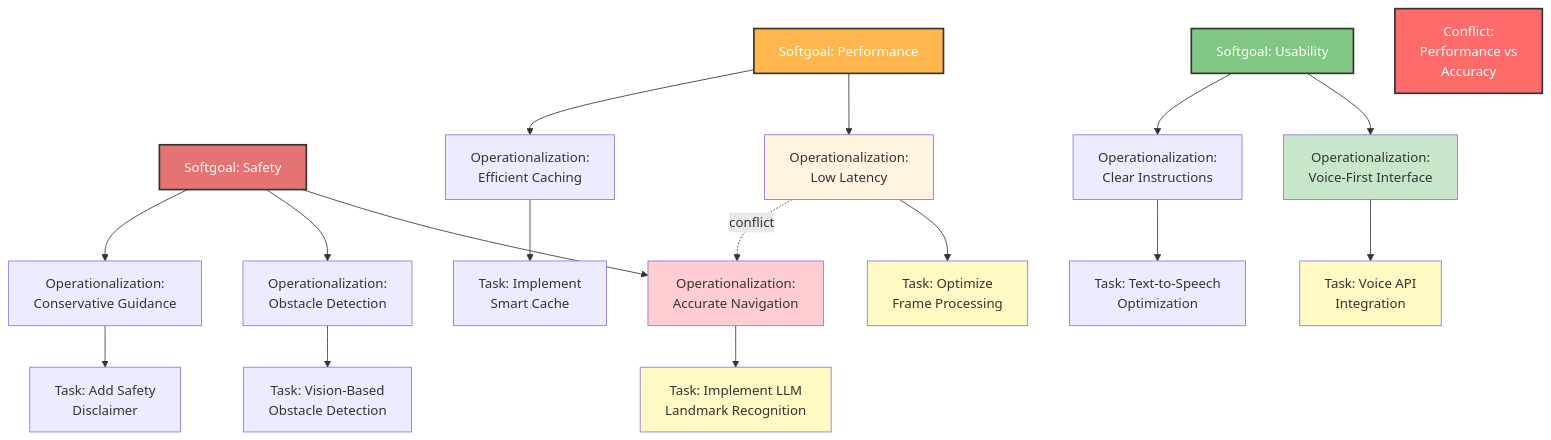
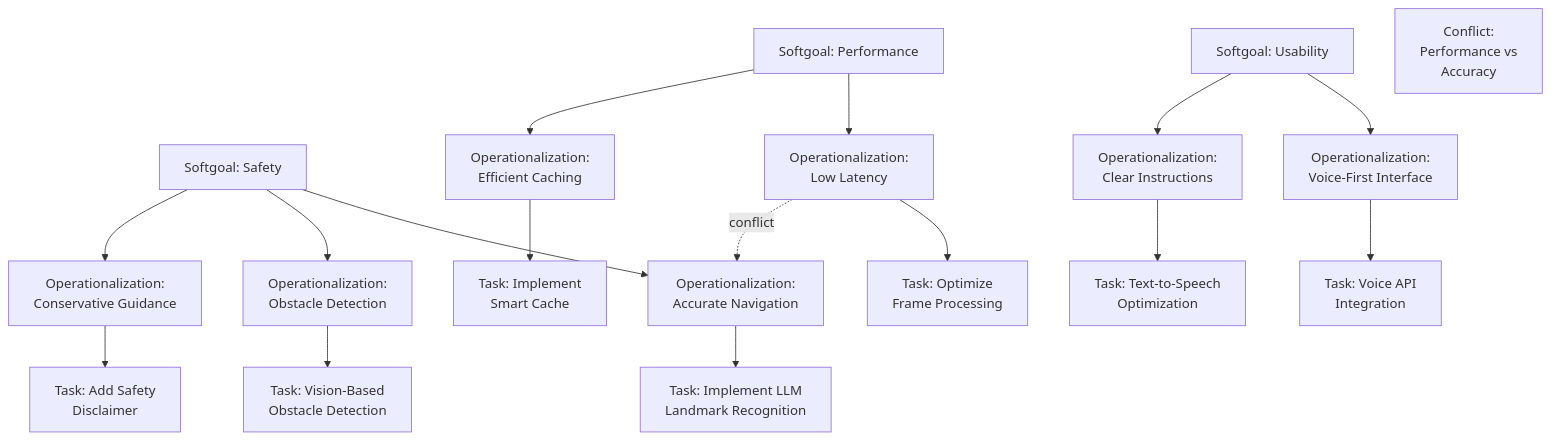
Before and after one commit to phamleduy04/se4351-mobile-f25: the seventh of 9 diagrams in docs/Project 2/Process Specification.md, drawn with Mermaid. The commit also changed other lines of this file, not shown here.

````diff
--- a/docs/Project 2/Process Specification.md
+++ b/docs/Project 2/Process Specification.md
@@ -489,63 +388,52 @@
 ```mermaid
 graph TB
     SG_SAFETY["Softgoal: Safety"]
     
     SG_S1["Operationalization:<br/>Accurate Navigation"]
     SG_S2["Operationalization:<br/>Obstacle Detection"]
     SG_S3["Operationalization:<br/>Conservative Guidance"]
     
     SG_SAFETY --> SG_S1
     SG_SAFETY --> SG_S2
     SG_SAFETY --> SG_S3
     
     TASK_S1["Task: Implement LLM<br/>Landmark Recognition"]
     TASK_S2["Task: Vision-Based<br/>Obstacle Detection"]
     TASK_S3["Task: Add Safety<br/>Disclaimer"]
     
     SG_S1 --> TASK_S1
     SG_S2 --> TASK_S2
     SG_S3 --> TASK_S3
     
     SG_USABILITY["Softgoal: Usability"]
     
     SG_U1["Operationalization:<br/>Voice-First Interface"]
     SG_U2["Operationalization:<br/>Clear Instructions"]
     
     SG_USABILITY --> SG_U1
     SG_USABILITY --> SG_U2
     
     TASK_U1["Task: Voice API<br/>Integration"]
     TASK_U2["Task: Text-to-Speech<br/>Optimization"]
     
     SG_U1 --> TASK_U1
     SG_U2 --> TASK_U2
     
     SG_PERFORMANCE["Softgoal: Performance"]
     
     SG_P1["Operationalization:<br/>Low Latency"]
     SG_P2["Operationalization:<br/>Efficient Caching"]
     
     SG_PERFORMANCE --> SG_P1
     SG_PERFORMANCE --> SG_P2
     
     TASK_P1["Task: Optimize<br/>Frame Processing"]
     TASK_P2["Task: Implement<br/>Smart Cache"]
     
     SG_P1 --> TASK_P1
     SG_P2 --> TASK_P2
     
     CONFLICT["Conflict:<br/>Performance vs<br/>Accuracy"]
     
     SG_P1 -.conflict.-> SG_S1
-    
-    style SG_SAFETY fill:#E57373,stroke:#333,stroke-width:2px,color:#fff
-    style SG_USABILITY fill:#81C784,stroke:#333,stroke-width:2px,color:#fff
-    style SG_PERFORMANCE fill:#FFB74D,stroke:#333,stroke-width:2px,color:#fff
-    style SG_S1 fill:#FFCDD2
-    style SG_U1 fill:#C8E6C9
-    style SG_P1 fill:#FFF3E0
-    style TASK_S1 fill:#FFF9C4
-    style TASK_U1 fill:#FFF9C4
-    style TASK_P1 fill:#FFF9C4
-    style CONFLICT fill:#FF6B6B,stroke:#333,stroke-width:2px,color:#fff
 ```
````
